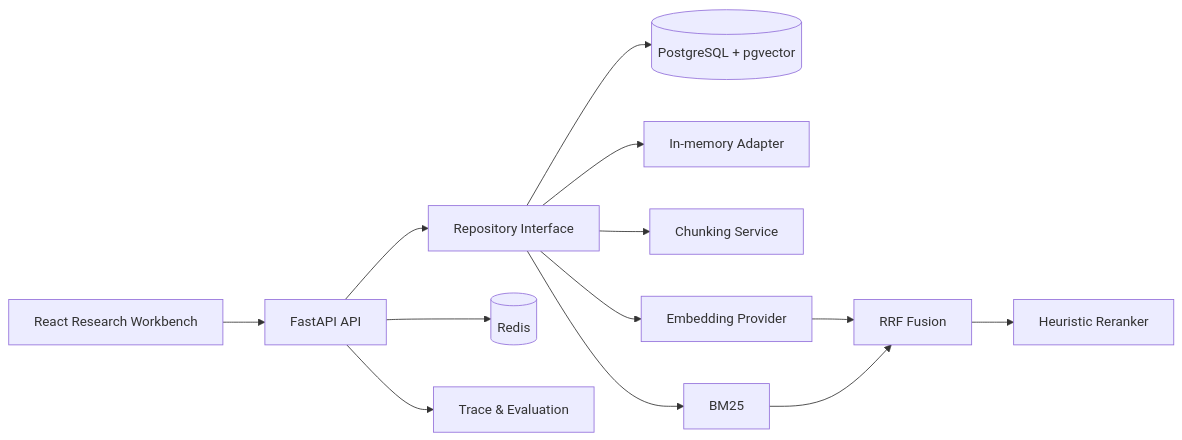
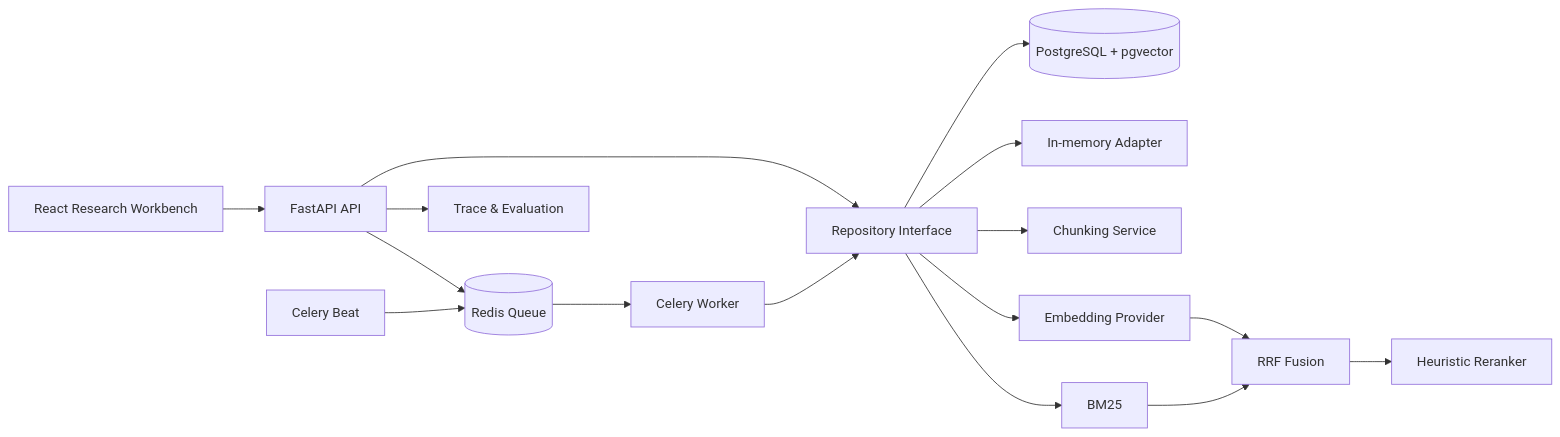
Before and after one commit to quanzhan-zzz/policy-rag-studio: the diagram in README.md, drawn with Mermaid. The commit also changed other lines of this file and 32 other files, not shown here.

Commit message:
feat(api): 增加 Celery 异步索引流水线

````diff
--- a/README.md
+++ b/README.md
@@ -76,15 +77,18 @@
 ```mermaid
 flowchart LR
     UI[React Research Workbench] --> API[FastAPI API]
     API --> REPO[Repository Interface]
     REPO --> PG[(PostgreSQL + pgvector)]
     REPO --> MEM[In-memory Adapter]
-    API --> R[(Redis)]
+    API --> R[(Redis Queue)]
+    R --> WORKER[Celery Worker]
+    BEAT[Celery Beat] --> R
+    WORKER --> REPO
     API --> TRACE[Trace & Evaluation]
     REPO --> CHUNK[Chunking Service]
     REPO --> DENSE[Embedding Provider]
     REPO --> BM25[BM25]
     DENSE --> RRF[RRF Fusion]
     BM25 --> RRF
     RRF --> RERANK[Heuristic Reranker]
 ```
````
